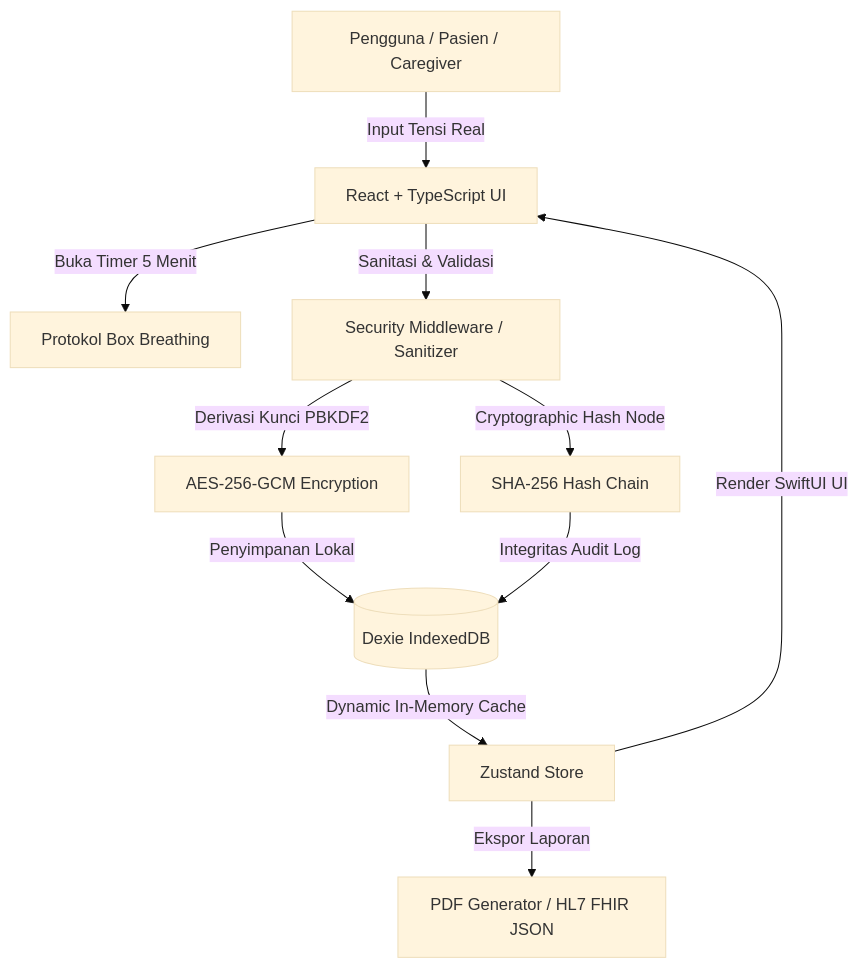
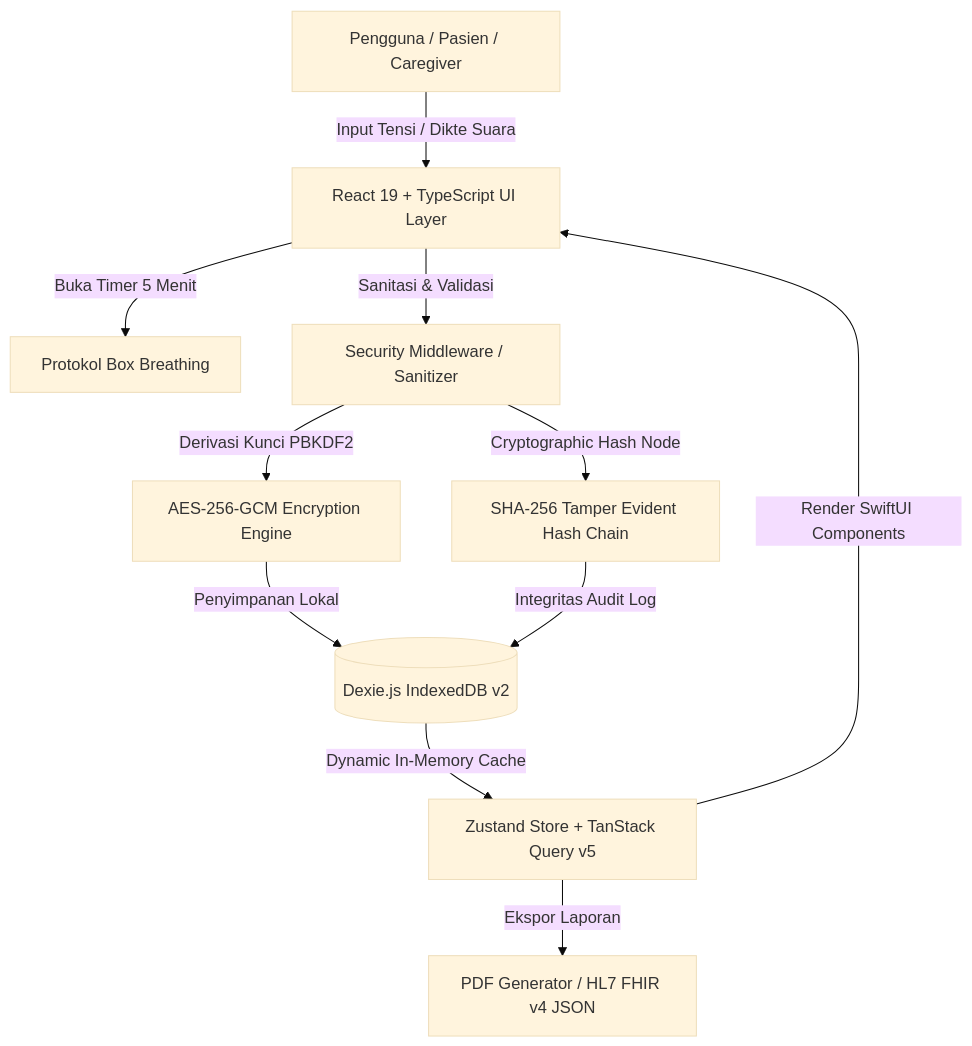
One commit to fk0u/HeartSync changed the diagram in README.md. Above: the diagram before and after it, drawn with Mermaid (base theme). The commit also changed other lines of this file and 6 other files, not shown here.

Commit message:
docs: establish comprehensive project documentation including security audit, architecture, user personas, and infrastructure ADRs.

````diff
--- a/README.md
+++ b/README.md
@@ -59,13 +101,13 @@
 ```mermaid
 graph TD
-    A[Pengguna / Pasien / Caregiver] -->|Input Tensi Real| B[React + TypeScript UI]
+    A[Pengguna / Pasien / Caregiver] -->|Input Tensi / Dikte Suara| B[React 19 + TypeScript UI Layer]
     B -->|Buka Timer 5 Menit| C[Protokol Box Breathing]
     B -->|Sanitasi & Validasi| D[Security Middleware / Sanitizer]
-    D -->|Derivasi Kunci PBKDF2| E[AES-256-GCM Encryption]
-    D -->|Cryptographic Hash Node| F[SHA-256 Hash Chain]
-    E -->|Penyimpanan Lokal| G[(Dexie IndexedDB)]
+    D -->|Derivasi Kunci PBKDF2| E[AES-256-GCM Encryption Engine]
+    D -->|Cryptographic Hash Node| F[SHA-256 Tamper Evident Hash Chain]
+    E -->|Penyimpanan Lokal| G[(Dexie.js IndexedDB v2)]
     F -->|Integritas Audit Log| G
-    G -->|Dynamic In-Memory Cache| H[Zustand Store]
-    H -->|Render SwiftUI UI| B
-    H -->|Ekspor Laporan| I[PDF Generator / HL7 FHIR JSON]
+    G -->|Dynamic In-Memory Cache| H[Zustand Store + TanStack Query v5]
+    H -->|Render SwiftUI Components| B
+    H -->|Ekspor Laporan| I[PDF Generator / HL7 FHIR v4 JSON]
 ```
````
